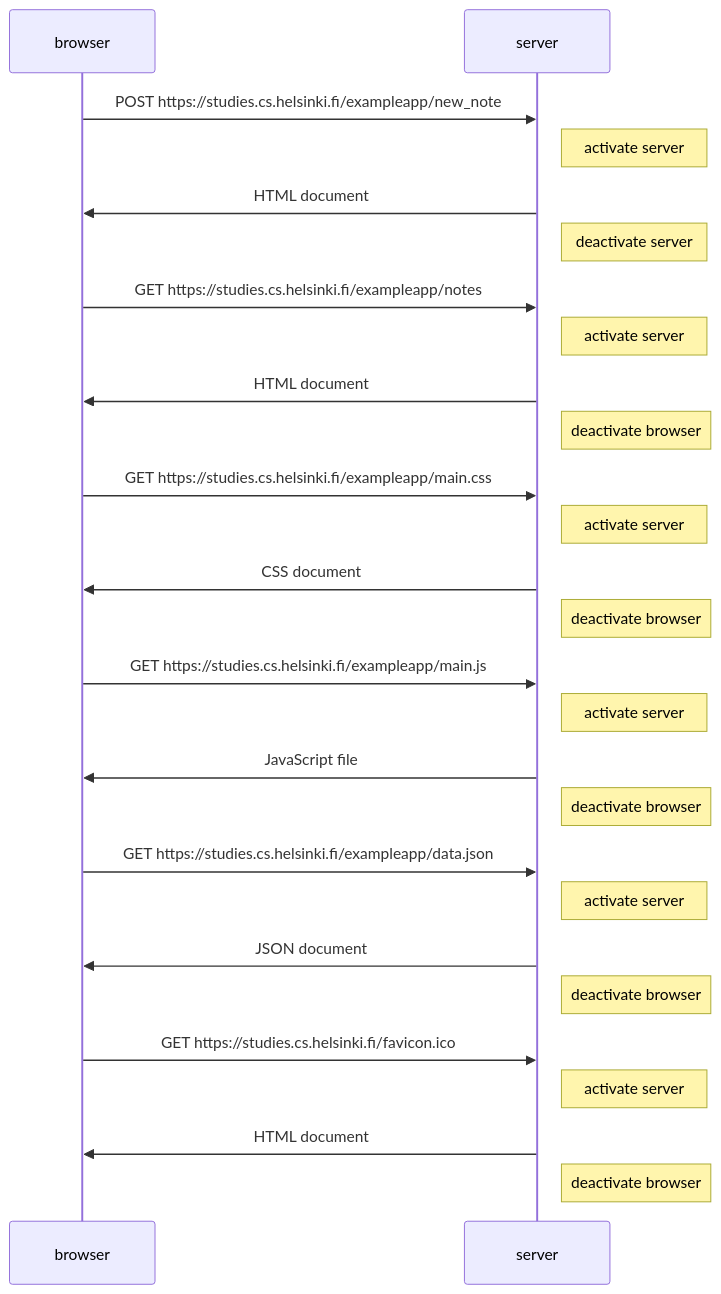
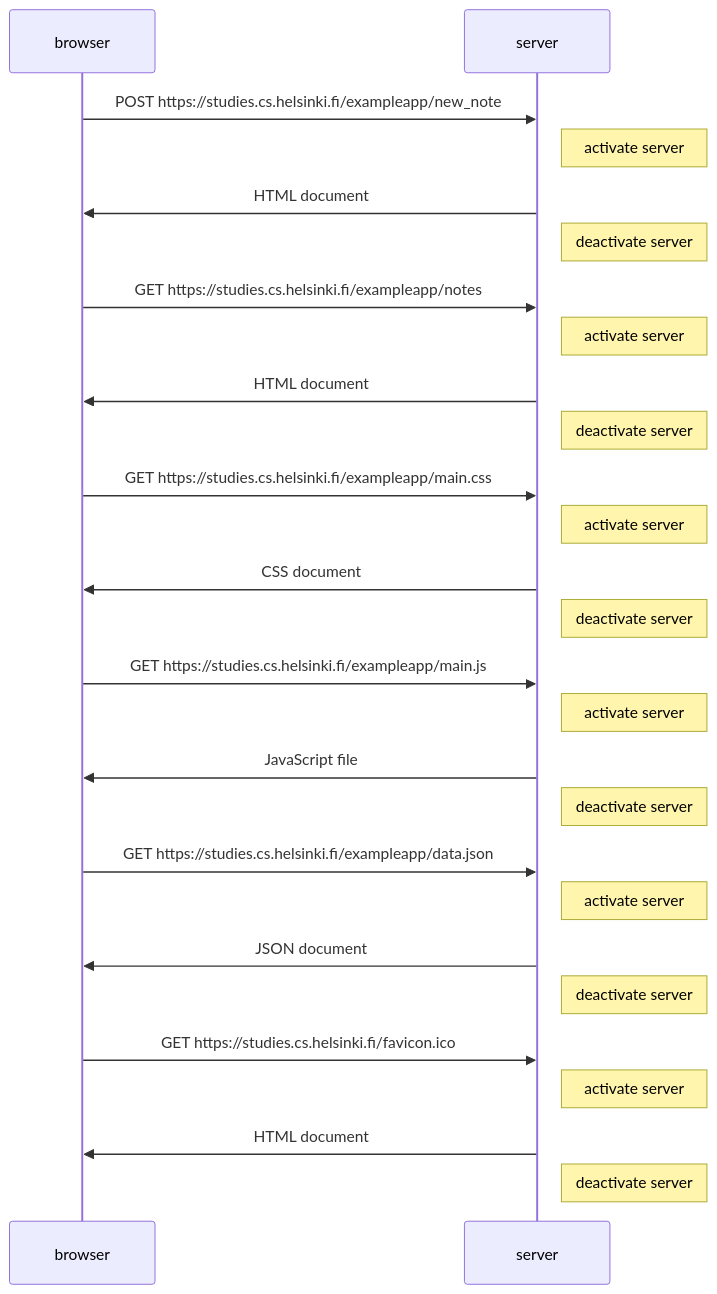
One commit to Nabil-Islam/FullStackOpen changed the diagram in part0.md. Above: the diagram before and after it, drawn with Mermaid.

Commit message:
added mermaid fence code

````diff
--- a/part0.md
+++ b/part0.md
@@ -4,29 +4,29 @@
 ```mermaid
 sequenceDiagram
     participant browser 
     participant server
     browser->>server: POST https://studies.cs.helsinki.fi/exampleapp/new_note
     Note right of server: activate server 
     server->>browser: HTML document 
     Note right of server: deactivate server
     browser->>server: GET https://studies.cs.helsinki.fi/exampleapp/notes
     Note right of server: activate server
     server->>browser: HTML document 
-    Note right of server: deactivate browser
+    Note right of server: deactivate server
     browser->>server: GET https://studies.cs.helsinki.fi/exampleapp/main.css
     Note right of server: activate server
     server->>browser: CSS document 
-    Note right of server: deactivate browser
+    Note right of server: deactivate server
     browser->>server: GET https://studies.cs.helsinki.fi/exampleapp/main.js
     Note right of server: activate server
     server->>browser: JavaScript file 
-    Note right of server: deactivate browser
+    Note right of server: deactivate server
     browser->>server: GET https://studies.cs.helsinki.fi/exampleapp/data.json
     Note right of server: activate server
     server->>browser: JSON document 
-    Note right of server: deactivate browser
+    Note right of server: deactivate server
     browser->>server: GET https://studies.cs.helsinki.fi/favicon.ico
     Note right of server: activate server
     server->>browser: HTML document 
-    Note right of server: deactivate browser
+    Note right of server: deactivate server
 ```
````
